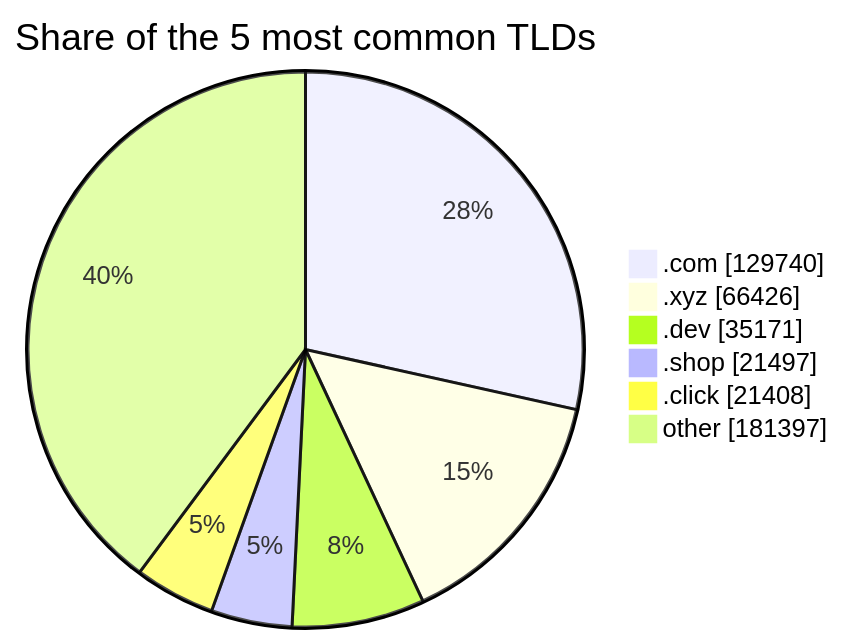
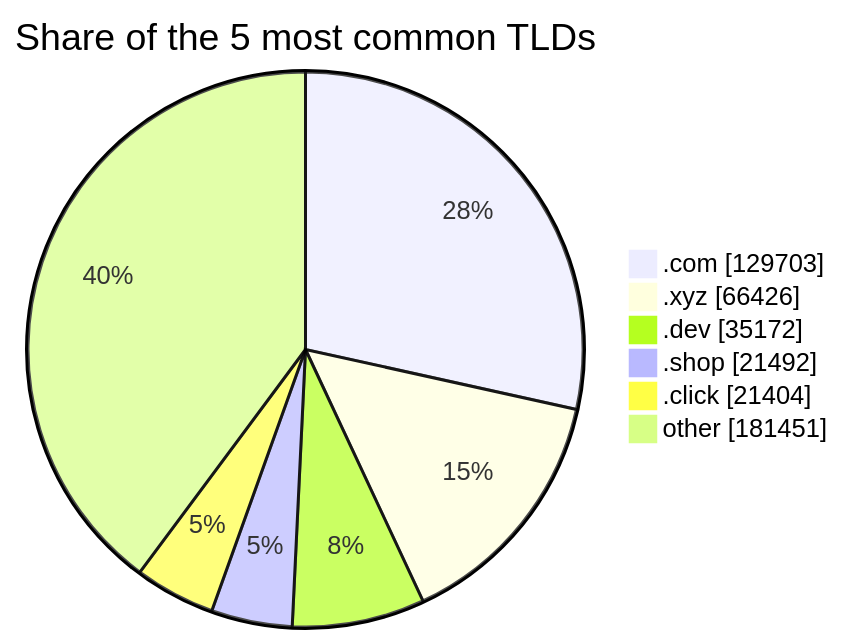
The third of 3 diagrams in README.md (DNSBunker/CTI), drawn with Mermaid before and after one commit. The commit also changed other lines of this file and 3 other files, not shown here.

````diff
--- a/README.md
+++ b/README.md
@@ -81,9 +81,9 @@
 ```mermaid
 pie showData title Share of the 5 most common TLDs
-    ".com" : 129740
+    ".com" : 129703
     ".xyz" : 66426
-    ".dev" : 35171
-    ".shop" : 21497
-    ".click" : 21408
-    "other" : 181397
+    ".dev" : 35172
+    ".shop" : 21492
+    ".click" : 21404
+    "other" : 181451
 ```
````
